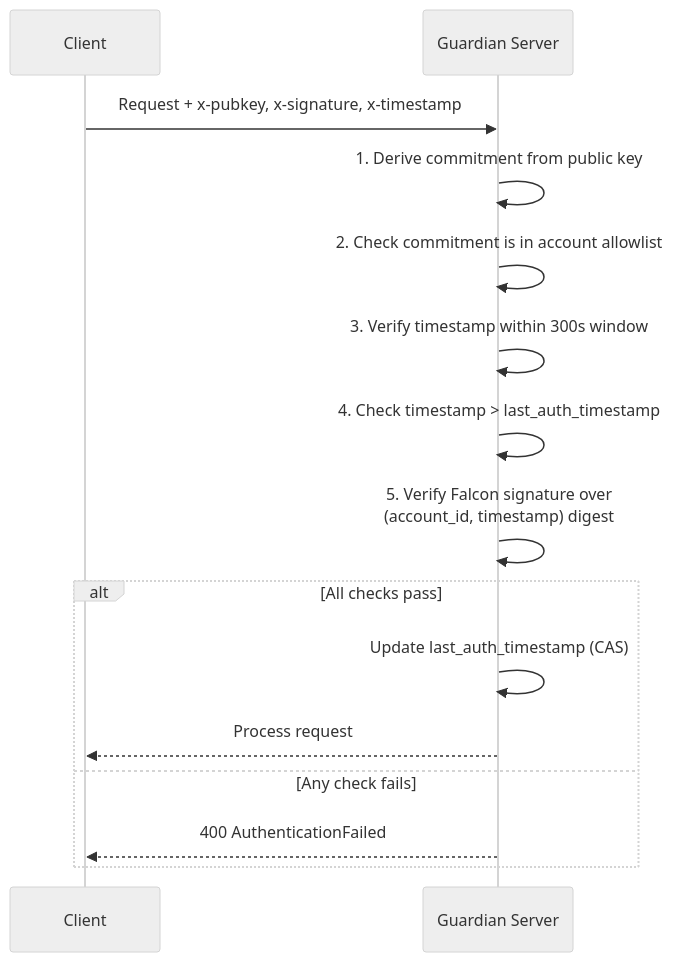
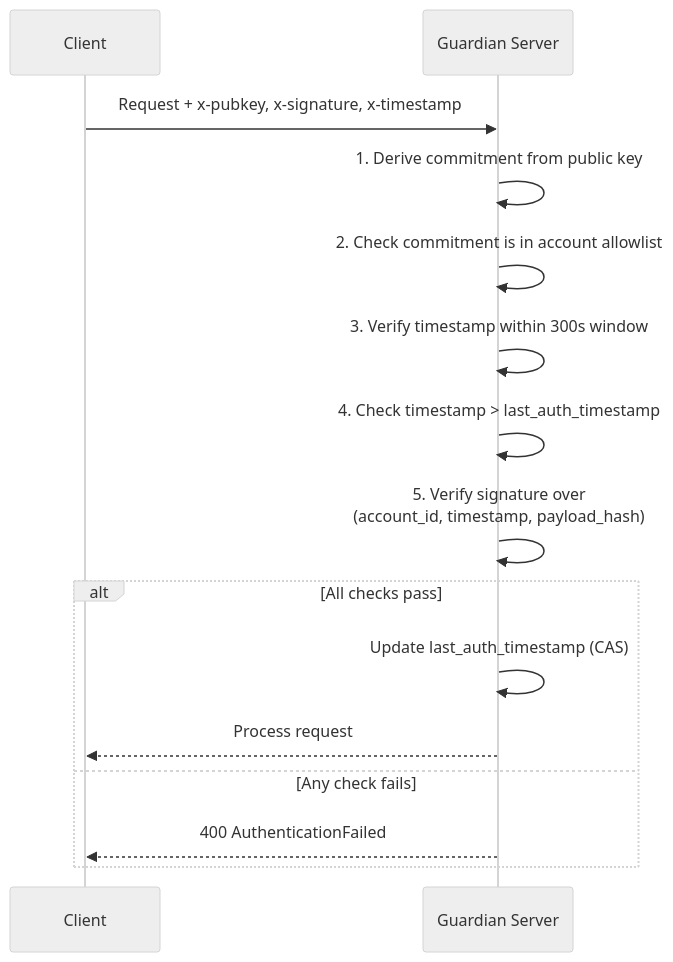
One commit to 0xMiden/miden-docs changed the diagram in docs/builder/miden-guardian/core-concepts/components.md. Above: the diagram before and after it, drawn with Mermaid (neutral theme). The commit also changed other lines of this file and 13 other files, not shown here.

First line of the commit message:
docs: expand Guardian architecture docs

````diff
--- a/docs/builder/miden-guardian/core-concepts/components.md
+++ b/docs/builder/miden-guardian/core-concepts/components.md
@@ -56,20 +103,20 @@
 ```mermaid
 sequenceDiagram
     participant Client
     participant Guardian as Guardian Server
 
     Client->>Guardian: Request + x-pubkey, x-signature, x-timestamp
 
     Guardian->>Guardian: 1. Derive commitment from public key
     Guardian->>Guardian: 2. Check commitment is in account allowlist
     Guardian->>Guardian: 3. Verify timestamp within 300s window
     Guardian->>Guardian: 4. Check timestamp > last_auth_timestamp
-    Guardian->>Guardian: 5. Verify Falcon signature over<br/>(account_id, timestamp) digest
+    Guardian->>Guardian: 5. Verify signature over<br/>(account_id, timestamp, payload_hash)
 
     alt All checks pass
         Guardian->>Guardian: Update last_auth_timestamp (CAS)
         Guardian-->>Client: Process request
     else Any check fails
         Guardian-->>Client: 400 AuthenticationFailed
     end
 ```
````
